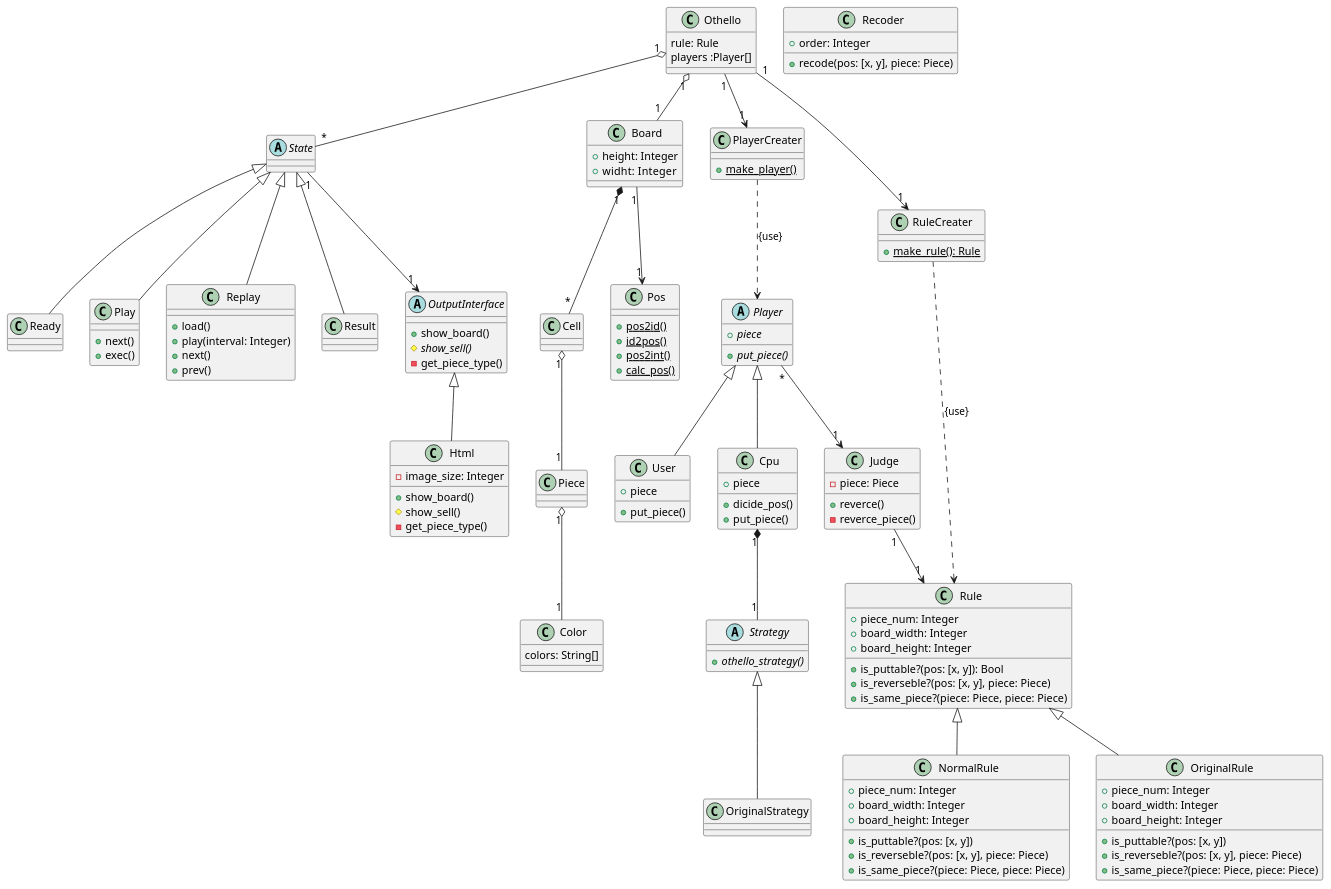
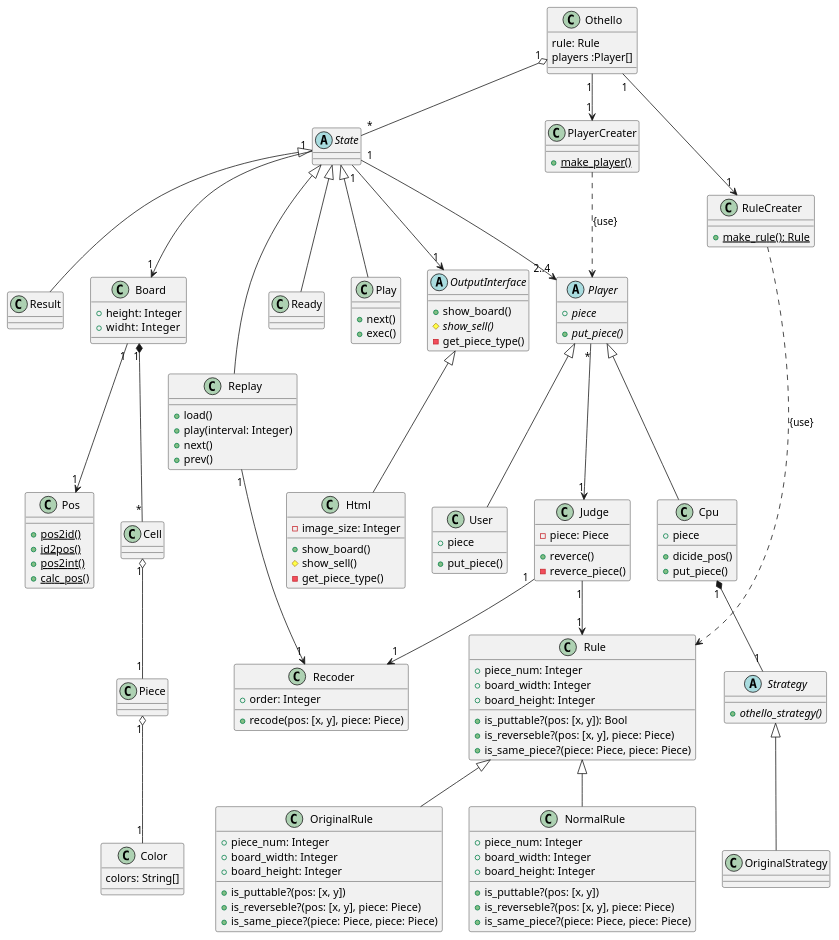
The diagram in uml/othello.pu (MaxMEllon/AppBox), drawn with PlantUML before and after one commit. The commit also changed 1 other file, not shown here.

Commit message:
edit: uml

```diff
--- a/uml/othello.pu
+++ b/uml/othello.pu
@@ -1,182 +1,186 @@
 @startuml{othello.png}
 
 class Othello {
   rule: Rule
   players :Player[]
 }
 
 abstract State {
 }
 
 class Board {
   +height: Integer
   +widht:  Integer
 }
 
 class Cell {
 }
 
 class Piece {
 }
 
 class Piece {
 }
 
 class Color {
   colors: String[]
 }
 
 class Pos {
   +{static} pos2id()
   +{static} id2pos()
   +{static} pos2int()
   +{static} calc_pos()
 }
 
 class Ready {
 }
 
 class Play {
   +next()
   +exec()
 }
 
 class Replay {
   +load()
   +play(interval: Integer)
   +next()
   +prev()
 }
 
 class Result {
 }
 
 ' Outputinterface {{{
 abstract OutputInterface {
   +show_board()
   #{abstract} show_sell()
   -get_piece_type()
 }
 
 class Html {
   -image_size: Integer
 
   +show_board()
   #show_sell()
   -get_piece_type()
 }
 ' }}}
 
 ' Player {{{
 abstract Player {
   +{abstract} piece
   +{abstract} put_piece()
 }
 
 class User {
   +piece
   +put_piece()
 }
 
 class Cpu {
   +piece
   +dicide_pos()
   +put_piece()
 }
 
 abstract Strategy {
   +{abstract} othello_strategy()
 }
 class OriginalStrategy {
 
 }
 
 class PlayerCreater {
   +{static} make_player()
 }
 ' }}}
 
 class Judge {
   -piece: Piece
   +reverce()
   -reverce_piece()
 }
 
 ' Rule {{{
 class Rule {
   +piece_num: Integer
   +board_width: Integer
   +board_height: Integer
 
   +is_puttable?(pos: [x, y]): Bool
   +is_reverseble?(pos: [x, y], piece: Piece)
   +is_same_piece?(piece: Piece, piece: Piece)
 }
 
 class NormalRule {
   +piece_num: Integer
   +board_width: Integer
   +board_height: Integer
 
   +is_puttable?(pos: [x, y])
   +is_reverseble?(pos: [x, y], piece: Piece)
   +is_same_piece?(piece: Piece, piece: Piece)
 }
 
 class OriginalRule {
   +piece_num: Integer
   +board_width: Integer
   +board_height: Integer
 
   +is_puttable?(pos: [x, y])
   +is_reverseble?(pos: [x, y], piece: Piece)
   +is_same_piece?(piece: Piece, piece: Piece)
 }
 
 class Recoder {
   +order: Integer
   +recode(pos: [x, y], piece: Piece)
 }
 
 class RuleCreater {
   +{static} make_rule(): Rule
 }
 
 ' }}}
 
 ' 関連 {{{
 Othello "1" o-- "*" State
-Othello "1" o-- "1" Board
 Othello "1" --> "1" PlayerCreater
 Othello "1" --> "1" RuleCreater
 
 State <|-- Ready
 State <|-- Play
 State <|-- Replay
 State <|-- Result
 
 State "1" --> "1" OutputInterface
+State "1" --> "1" Board
+State "1" --> "2..4" Player
+
+Replay "1" --> "1" Recoder
 
 Board "1" --> "1" Pos
 Board "1" *-- "*" Cell
 
 RuleCreater ..> Rule : {use}
 Rule <|-- NormalRule
 Rule <|-- OriginalRule
 
 PlayerCreater ..> Player : {use}
 Player <|-- User
 Player <|-- Cpu
 Player "*" --> "1" Judge
 
 Judge "1" --> "1" Rule
+Judge "1" --> "1" Recoder
 Cpu "1" *-- "1" Strategy
 Strategy <|-- OriginalStrategy
 
 Cell  "1" o-- "1" Piece
 Piece "1" o-- "1" Color
 
 OutputInterface <|-- Html
 ' }}}
 
 @enduml
```
